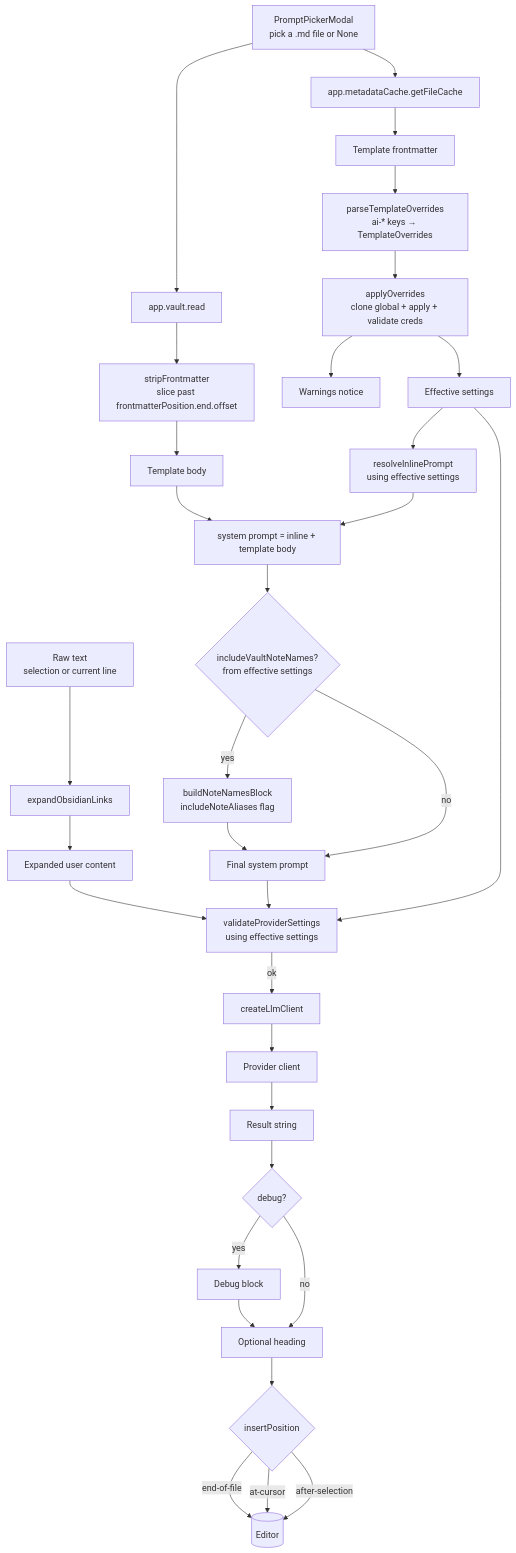
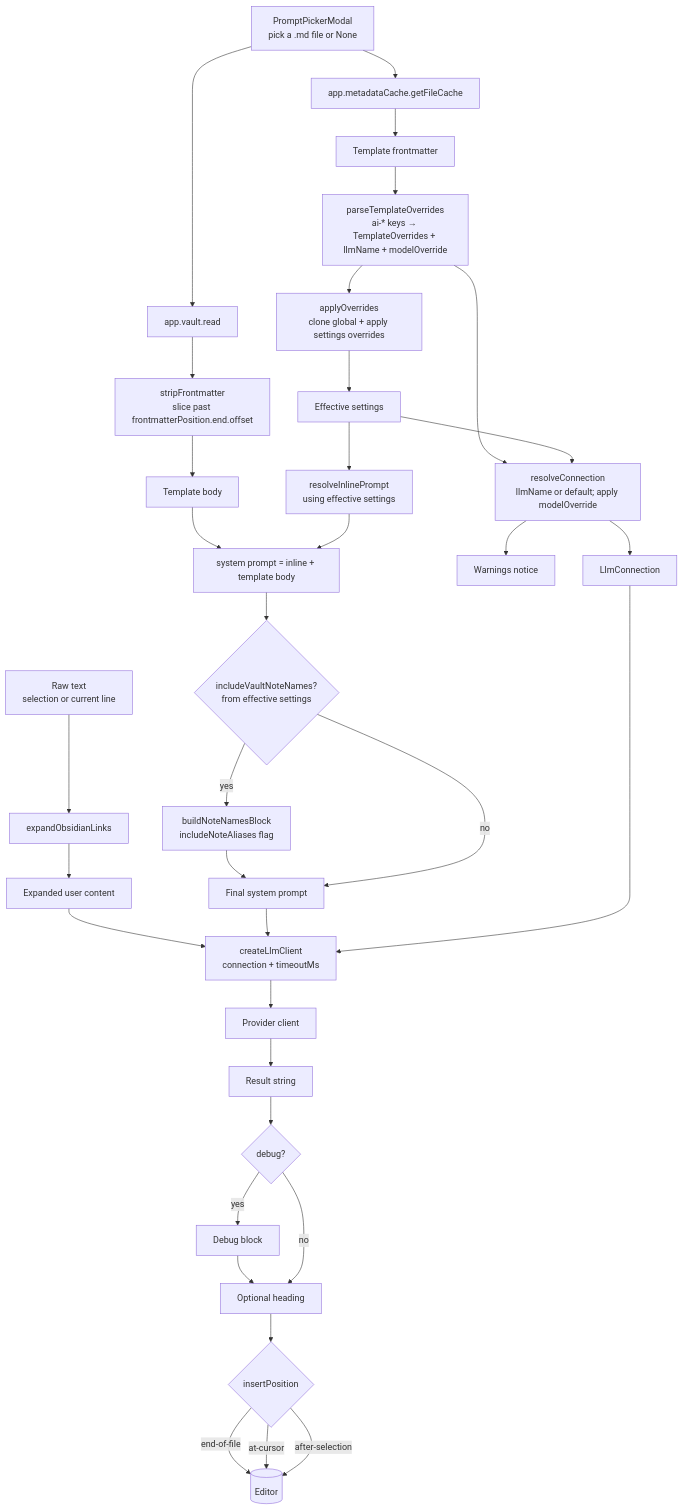
The second of 2 diagrams in documentation/02-architecture/data-flow.md (ibatura/obsidian-ask-any-ai), drawn with Mermaid before and after one commit. The commit also changed other lines of this file and 23 other files, not shown here.

````diff
--- a/documentation/02-architecture/data-flow.md
+++ b/documentation/02-architecture/data-flow.md
@@ -51,63 +51,67 @@
 ```mermaid
 flowchart TD
   RawInput[Raw text<br/>selection or current line]
   WikilinkExp[expandObsidianLinks]
   ExpandedUser[Expanded user content]
 
   Picker[PromptPickerModal<br/>pick a .md file or None]
   FileCache[app.metadataCache.getFileCache]
   Frontmatter[Template frontmatter]
-  ParseOverrides[parseTemplateOverrides<br/>ai-* keys → TemplateOverrides]
-  ApplyOverrides[applyOverrides<br/>clone global + apply + validate creds]
+  ParseOverrides[parseTemplateOverrides<br/>ai-* keys → TemplateOverrides + llmName + modelOverride]
+  ApplyOverrides[applyOverrides<br/>clone global + apply settings overrides]
   EffectiveSettings[Effective settings]
+
+  ResolveConn[resolveConnection<br/>llmName or default; apply modelOverride]
+  Connection[LlmConnection]
   Warnings[Warnings notice]
 
   ReadFile[app.vault.read]
   StripFM[stripFrontmatter<br/>slice past frontmatterPosition.end.offset]
   TemplateBody[Template body]
 
   InlinePrompt[resolveInlinePrompt<br/>using effective settings]
   SystemPrompt[system prompt = inline + template body]
 
   NotesToggle{includeVaultNoteNames?<br/>from effective settings}
   NotesBlock[buildNoteNamesBlock<br/>includeNoteAliases flag]
   FinalSystem[Final system prompt]
 
-  Validate[validateProviderSettings<br/>using effective settings]
-  Factory[createLlmClient]
+  Factory[createLlmClient<br/>connection + timeoutMs]
   Client[Provider client]
   Result[Result string]
 
   Debug{debug?}
   DebugBlock[Debug block]
   Heading[Optional heading]
   Insertion{insertPosition}
   Editor[(Editor)]
 
   RawInput --> WikilinkExp --> ExpandedUser
 
   Picker --> FileCache --> Frontmatter --> ParseOverrides
   ParseOverrides --> ApplyOverrides --> EffectiveSettings
-  ApplyOverrides --> Warnings
+  ParseOverrides --> ResolveConn
+  EffectiveSettings --> ResolveConn
+  ResolveConn --> Connection
+  ResolveConn --> Warnings
 
   Picker --> ReadFile --> StripFM --> TemplateBody
   TemplateBody --> SystemPrompt
   EffectiveSettings --> InlinePrompt --> SystemPrompt
 
   SystemPrompt --> NotesToggle
   NotesToggle -- yes --> NotesBlock --> FinalSystem
   NotesToggle -- no --> FinalSystem
 
-  ExpandedUser --> Validate
-  FinalSystem --> Validate
-  EffectiveSettings --> Validate
-  Validate -- ok --> Factory --> Client --> Result
+  ExpandedUser --> Factory
+  FinalSystem --> Factory
+  Connection --> Factory --> Client --> Result
 
   Result --> Debug
   Debug -- yes --> DebugBlock --> Heading
   Debug -- no --> Heading
   Heading --> Insertion
   Insertion -- end-of-file --> Editor
   Insertion -- at-cursor --> Editor
   Insertion -- after-selection --> Editor
 ```
````
